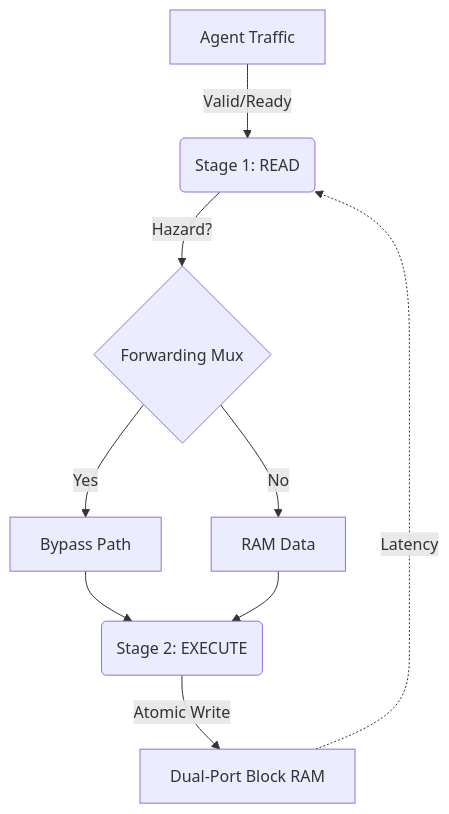
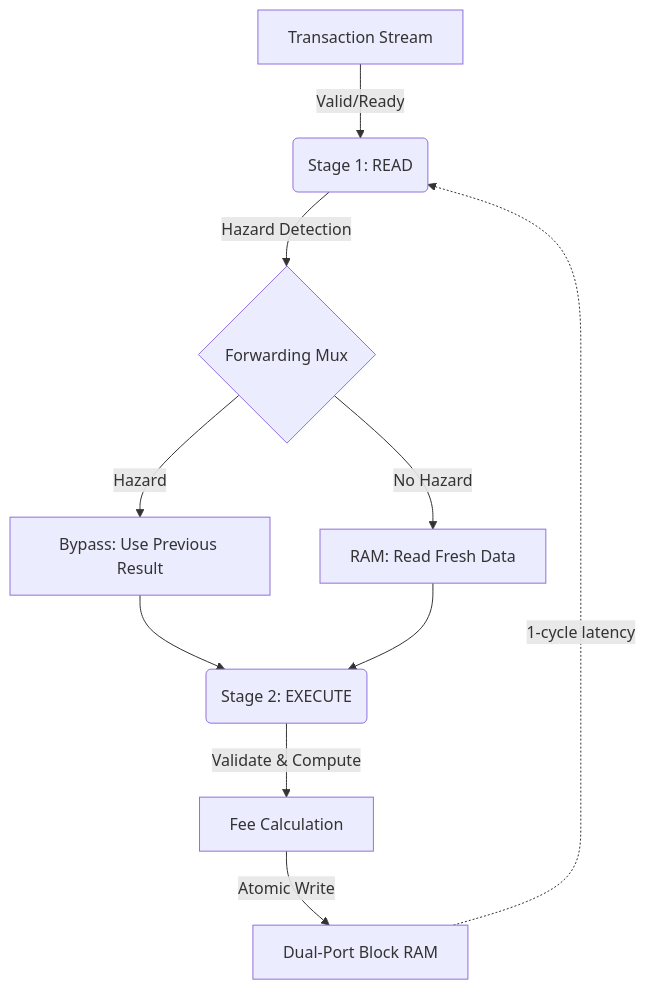
Before and after one commit to BorjaTR/Sentinel_Lab: the diagram in README.md, drawn with Mermaid. The commit also changed other lines of this file, not shown here.

Commit message:
docs: comprehensive README with vision, architecture, and roadmap

````diff
--- a/README.md
+++ b/README.md
@@ -23,12 +59,12 @@
 ```mermaid
 graph TD
-    A[Agent Traffic] -->|Valid/Ready| B(Stage 1: READ);
-    B -->|Hazard?| C{Forwarding Mux};
-    C -- Yes --> D[Bypass Path];
-    C -- No --> E[RAM Data];
+    A[Transaction Stream] -->|Valid/Ready| B(Stage 1: READ);
+    B -->|Hazard Detection| C{Forwarding Mux};
+    C -- Hazard --> D[Bypass: Use Previous Result];
+    C -- No Hazard --> E[RAM: Read Fresh Data];
     D --> F(Stage 2: EXECUTE);
     E --> F;
-    F -->|Atomic Write| G[Dual-Port Block RAM];
-    G -.->|Latency| B;
-
+    F -->|Validate & Compute| G[Fee Calculation];
+    G -->|Atomic Write| H[Dual-Port Block RAM];
+    H -.->|1-cycle latency| B;
 ```
````
